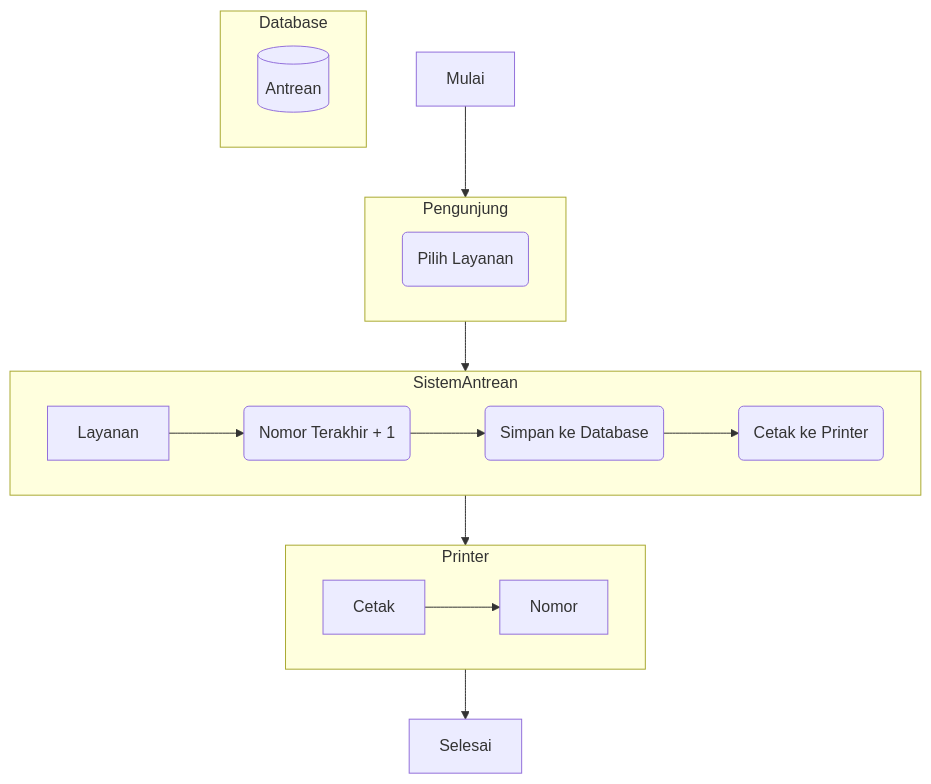
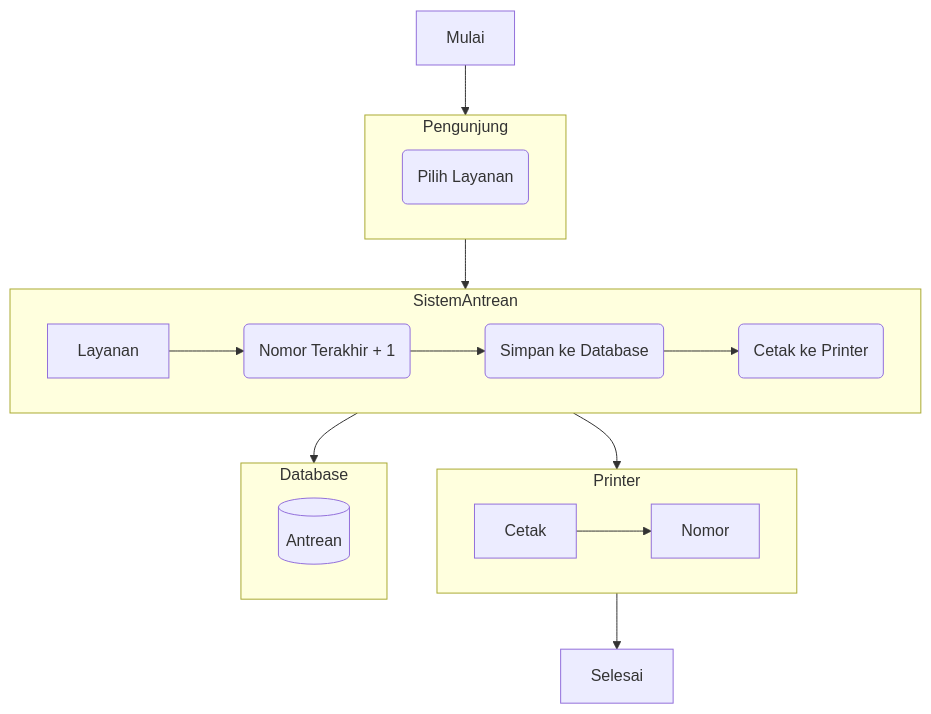
One commit to rezekikode/diagram changed the diagram in flowchart_antrean_pengunjung.mmd. Above: the diagram before and after it, drawn with Mermaid.

```diff
--- a/flowchart_antrean_pengunjung.mmd
+++ b/flowchart_antrean_pengunjung.mmd
@@ -1,17 +1,18 @@
 flowchart TB  
   subgraph Pengunjung
     p1("Pilih Layanan")
   end  
   subgraph SistemAntrean
     Layanan-->s1("Nomor Terakhir + 1")-->s2("Simpan ke Database")-->s3("Cetak ke Printer")
   end
   subgraph Printer
     Cetak-->Nomor
   end
   subgraph Database
     db[(Antrean)]
   end
   Mulai-->Pengunjung
   Pengunjung-->SistemAntrean
+  SistemAntrean-->Database
   SistemAntrean-->Printer
   Printer-->Selesai
```
